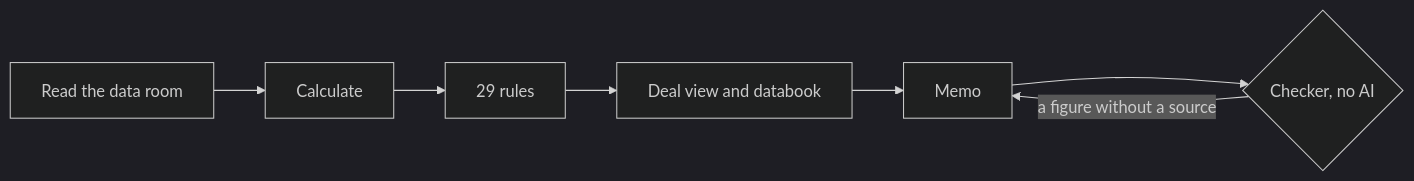
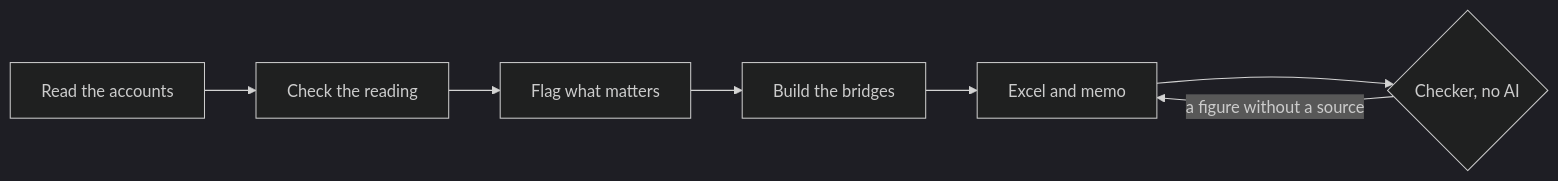
The diagram in README.md (MItchell1970/dd-assistant), drawn with Mermaid (dark theme) before and after one commit. The commit also changed other lines of this file and 11 other files, not shown here.

````diff
--- a/README.md
+++ b/README.md
@@ -42,5 +51,5 @@
 ```mermaid
 flowchart LR
-    A[Read the data room] --> B[Calculate] --> C[29 rules] --> D[Deal view and databook] --> E[Memo] --> F{Checker, no AI}
+    A[Read the accounts] --> B[Check the reading] --> C[Flag what matters] --> D[Build the bridges] --> E[Excel and memo] --> F{Checker, no AI}
     F -- a figure without a source --> E
 ```
````
